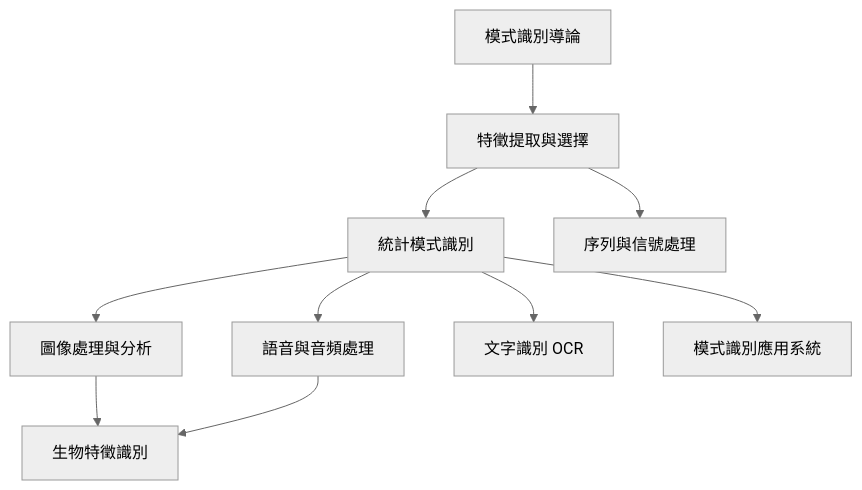
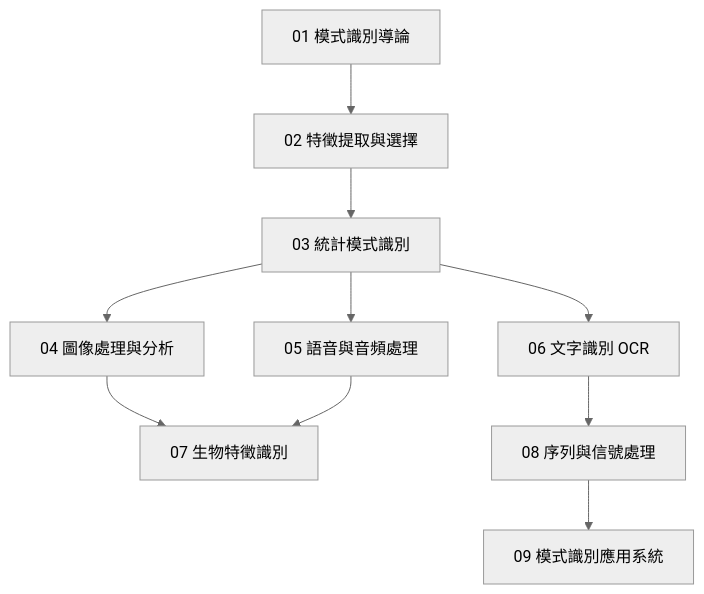
Before and after one commit to kmjade/knowledge-value: the diagram in 3 Resources/000 Knowledge/004 Computer Science & technology/004.9-面向应用的计算机技术/004.93-模式信息处理/00-MOCs/模式識別知識地圖.md, drawn with Mermaid (neutral theme). The commit also changed other lines of this file and 803 other files, not shown here.

````diff
--- a/3 Resources/000 Knowledge/004 Computer Science & technology/004.9-面向应用的计算机技术/004.93-模式信息处理/00-MOCs/模式識別知識地圖.md
+++ b/3 Resources/000 Knowledge/004 Computer Science & technology/004.9-面向应用的计算机技术/004.93-模式信息处理/00-MOCs/模式識別知識地圖.md
@@ -6,12 +13,12 @@
 ```mermaid
 graph TD
-    A[模式識別導論] --> B[特徵提取與選擇]
-    B --> C[統計模式識別]
-    C --> D[圖像處理與分析]
-    C --> E[語音與音頻處理]
-    C --> F[文字識別 OCR]
-    D --> G[生物特徵識別]
+    A[01 模式識別導論] --> B[02 特徵提取與選擇]
+    B --> C[03 統計模式識別]
+    C --> D[04 圖像處理與分析]
+    C --> E[05 語音與音頻處理]
+    C --> F[06 文字識別 OCR]
+    D --> G[07 生物特徵識別]
     E --> G
-    B --> H[序列與信號處理]
-    C --> I[模式識別應用系統]
+    F --> H[08 序列與信號處理]
+    H --> I[09 模式識別應用系統]
 ```
````
